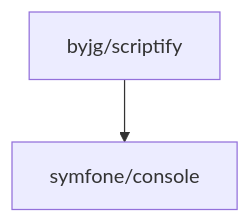
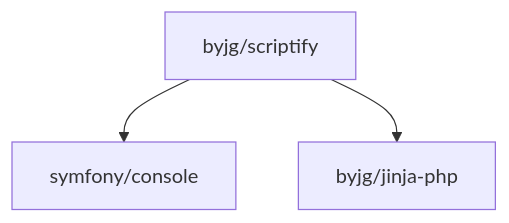
The diagram in README.md (byjg/php-scriptify), drawn with Mermaid before and after one commit. The commit also changed other lines of this file and 7 other files, not shown here.

````diff
--- a/README.md
+++ b/README.md
@@ -50,4 +53,5 @@
 ```mermaid
 flowchart TD
-    byjg/scriptify --> symfone/console
+    byjg/scriptify --> symfony/console
+    byjg/scriptify --> byjg/jinja-php
 ```
````
